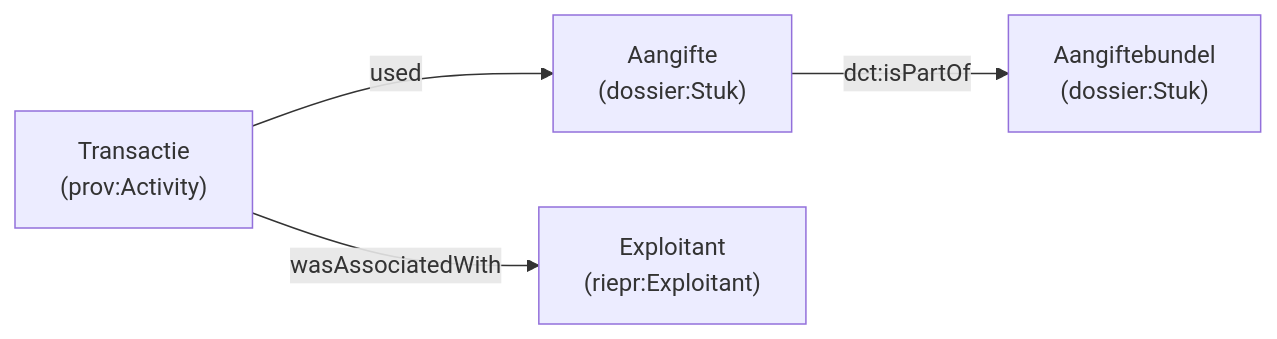
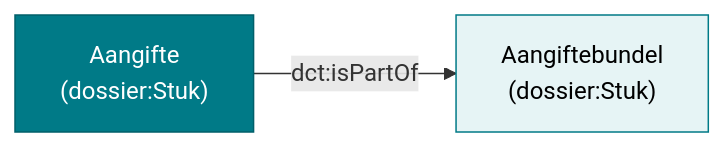
The diagram in documentatie/datamodel/afname/aangifte.md (milieuinfo/RIE-IEPR), drawn with Mermaid before and after one commit. The commit also changed other lines of this file and 69 other files, not shown here.

````diff
--- a/documentatie/datamodel/afname/aangifte.md
+++ b/documentatie/datamodel/afname/aangifte.md
@@ -58,6 +41,7 @@
 ```mermaid
 graph LR
-    Transactie["Transactie<br/>(prov:Activity)"] -->|used| Aangifte["Aangifte<br/>(dossier:Stuk)"]
-    Transactie -->|wasAssociatedWith| Exploitant["Exploitant<br/>(riepr:Exploitant)"]
-    Aangifte -->|dct:isPartOf| Bundel["Aangiftebundel<br/>(dossier:Stuk)"]
+    Aangifte["Aangifte<br/>(dossier:Stuk)"] -->|dct:isPartOf| Bundel["Aangiftebundel<br/>(dossier:Stuk)"]
+    
+    style Aangifte fill:#007A87,stroke:#005f6a,color:#fff
+    style Bundel fill:#e6f4f5,stroke:#007A87,color:#000
 ```
````
